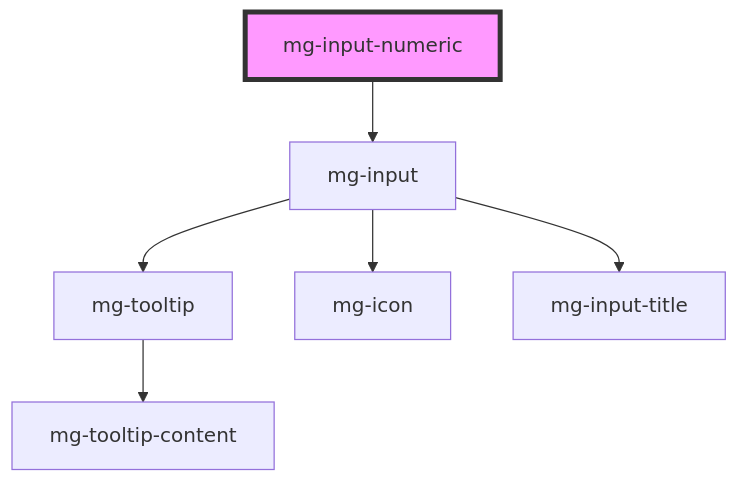
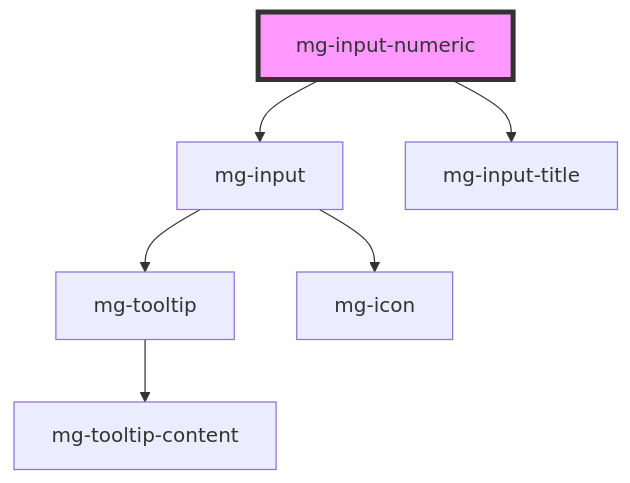
One commit to MGDIS/core-ui changed the diagram in packages/mg-components/src/components/molecules/inputs/mg-input-numeric/readme.md. Above: the diagram before and after it, drawn with Mermaid. The commit also changed other lines of this file and 50 other files, not shown here.

````diff
--- a/packages/mg-components/src/components/molecules/inputs/mg-input-numeric/readme.md
+++ b/packages/mg-components/src/components/molecules/inputs/mg-input-numeric/readme.md
@@ -115,9 +116,9 @@
 ```mermaid
 graph TD;
   mg-input-numeric --> mg-input
+  mg-input-numeric --> mg-input-title
   mg-input --> mg-tooltip
   mg-input --> mg-icon
-  mg-input --> mg-input-title
   mg-tooltip --> mg-tooltip-content
   style mg-input-numeric fill:#f9f,stroke:#333,stroke-width:4px
 ```
````
